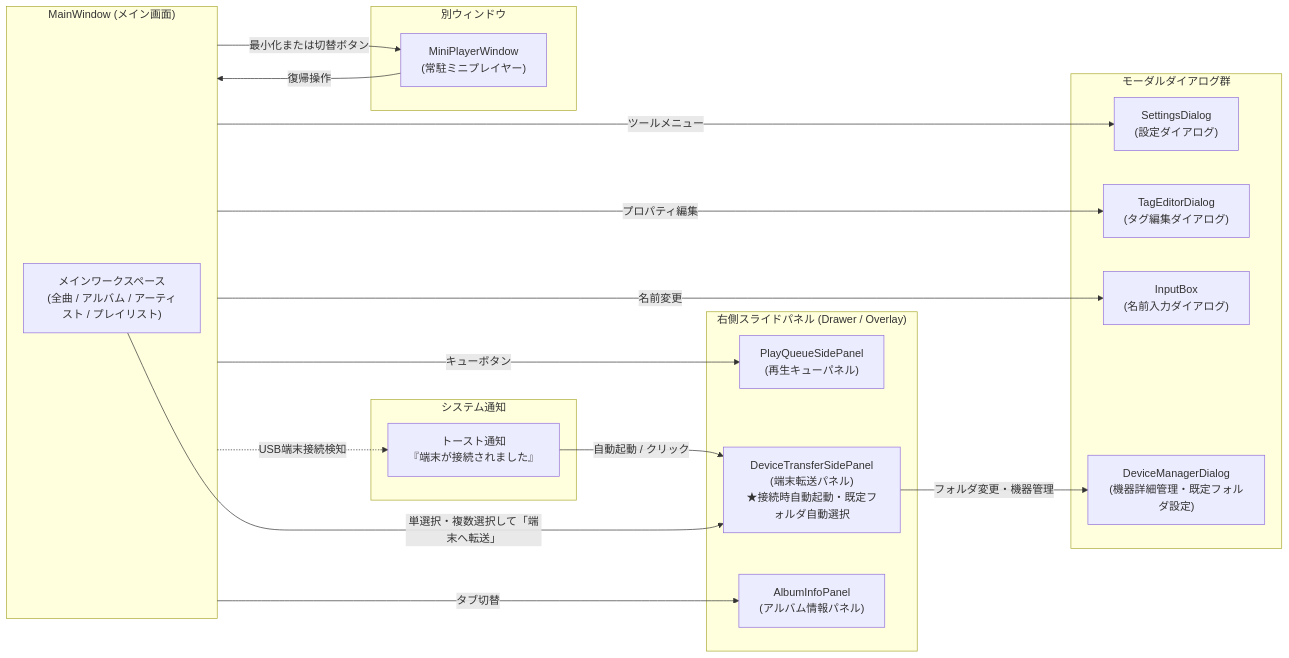
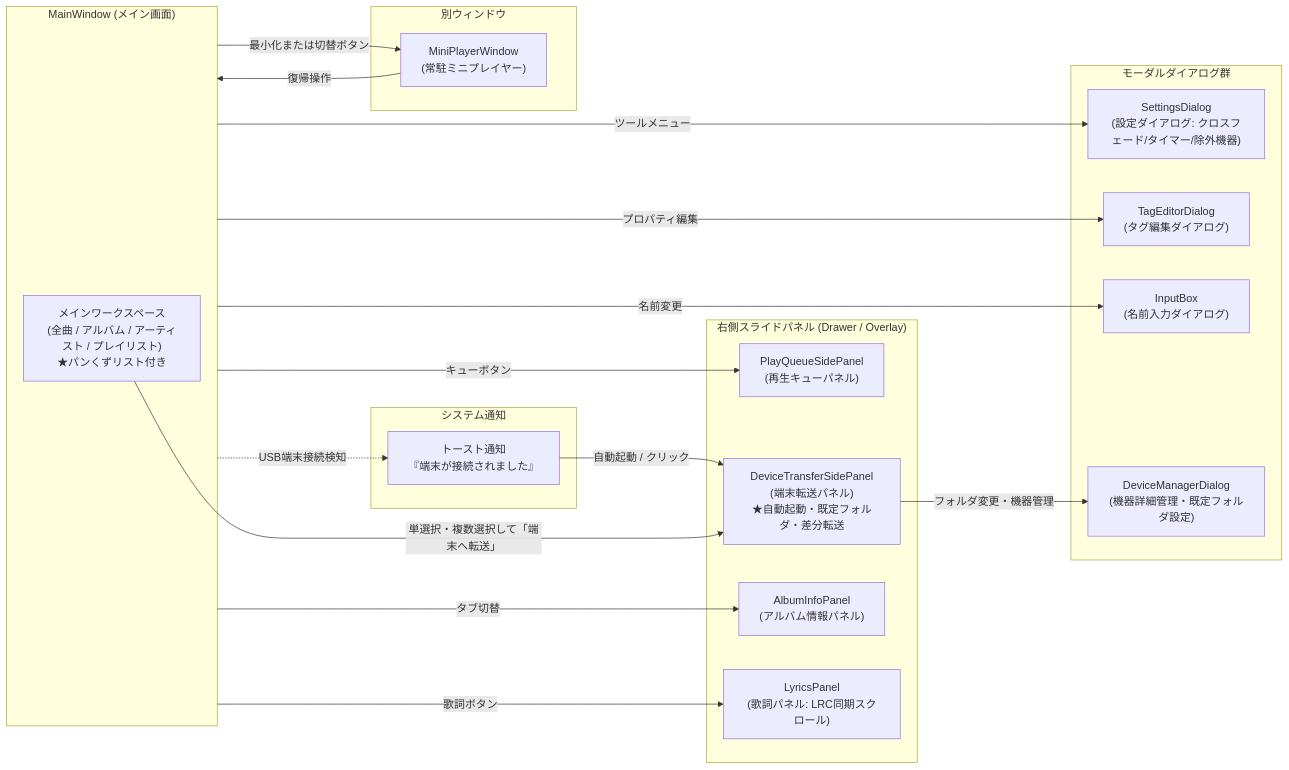
One commit to taketonnbo/Audio_Effector changed the second of 2 diagrams in 設計/画面設計/画面遷移・ナビゲーション設計書.md. Above: the diagram before and after it, drawn with Mermaid. The commit also changed other lines of this file and 5 other files, not shown here.

Commit message:
docs: 📝 #237 差分転送・トランスコード・クロスフェード・タイマー・パンくず・歌詞パネル仕様を追加する

````diff
--- a/設計/画面設計/画面遷移・ナビゲーション設計書.md
+++ b/設計/画面設計/画面遷移・ナビゲーション設計書.md
@@ -145,48 +164,50 @@
 ```mermaid
 flowchart LR
     subgraph MainWindow["MainWindow (メイン画面)"]
-        MainWorkspace["メインワークスペース<br>(全曲 / アルバム / アーティスト / プレイリスト)"]
+        MainWorkspace["メインワークスペース<br>(全曲 / アルバム / アーティスト / プレイリスト)<br>★パンくずリスト付き"]
     end
 
     subgraph RightPanels["右側スライドパネル (Drawer / Overlay)"]
         QueuePanel["PlayQueueSidePanel<br>(再生キューパネル)"]
-        DevicePanel["DeviceTransferSidePanel<br>(端末転送パネル)<br>★接続時自動起動・既定フォルダ自動選択"]
+        DevicePanel["DeviceTransferSidePanel<br>(端末転送パネル)<br>★自動起動・既定フォルダ・差分転送"]
         InfoPanel["AlbumInfoPanel<br>(アルバム情報パネル)"]
+        LyricsPanel["LyricsPanel<br>(歌詞パネル: LRC同期スクロール)"]
     end
 
     subgraph Notifications["システム通知"]
         DeviceToast["トースト通知<br>『端末が接続されました』"]
     end
 
     subgraph Modals["モーダルダイアログ群"]
-        DlgSettings["SettingsDialog<br>(設定ダイアログ)"]
+        DlgSettings["SettingsDialog<br>(設定ダイアログ: クロスフェード/タイマー/除外機器)"]
         DlgTagEditor["TagEditorDialog<br>(タグ編集ダイアログ)"]
         DlgInputBox["InputBox<br>(名前入力ダイアログ)"]
         DlgDeviceMgr["DeviceManagerDialog<br>(機器詳細管理・既定フォルダ設定)"]
     end
 
     subgraph SeparateWindows["別ウィンドウ"]
         MiniPlayer["MiniPlayerWindow<br>(常駐ミニプレイヤー)"]
     end
 
     %% 端末接続イベント
     MainWindow -.->|USB端末接続検知| DeviceToast
     DeviceToast -->|自動起動 / クリック| DevicePanel
 
     %% 楽曲転送投入 (単選択・複数選択)
     MainWorkspace -->|単選択・複数選択して「端末へ転送」| DevicePanel
 
     %% オーバーレイ開閉
     MainWindow -->|キューボタン| QueuePanel
     MainWindow -->|タブ切替| InfoPanel
+    MainWindow -->|歌詞ボタン| LyricsPanel
 
     %% ダイアログ起動
     MainWindow -->|ツールメニュー| DlgSettings
     MainWindow -->|プロパティ編集| DlgTagEditor
     MainWindow -->|名前変更| DlgInputBox
     DevicePanel -->|フォルダ変更・機器管理| DlgDeviceMgr
 
     %% ミニプレイヤー
     MainWindow -->|最小化または切替ボタン| MiniPlayer
     MiniPlayer -->|復帰操作| MainWindow
 ```
````
